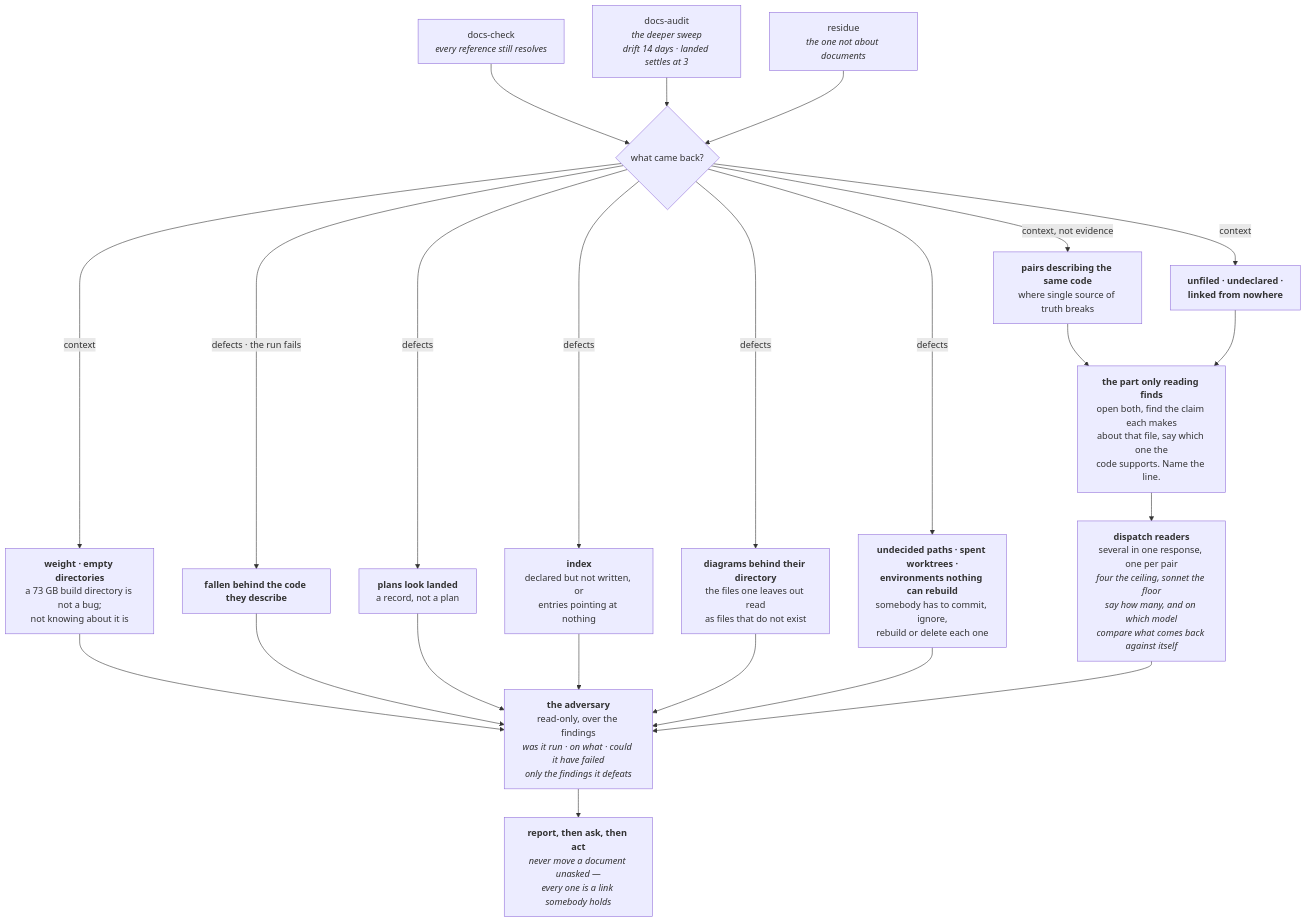
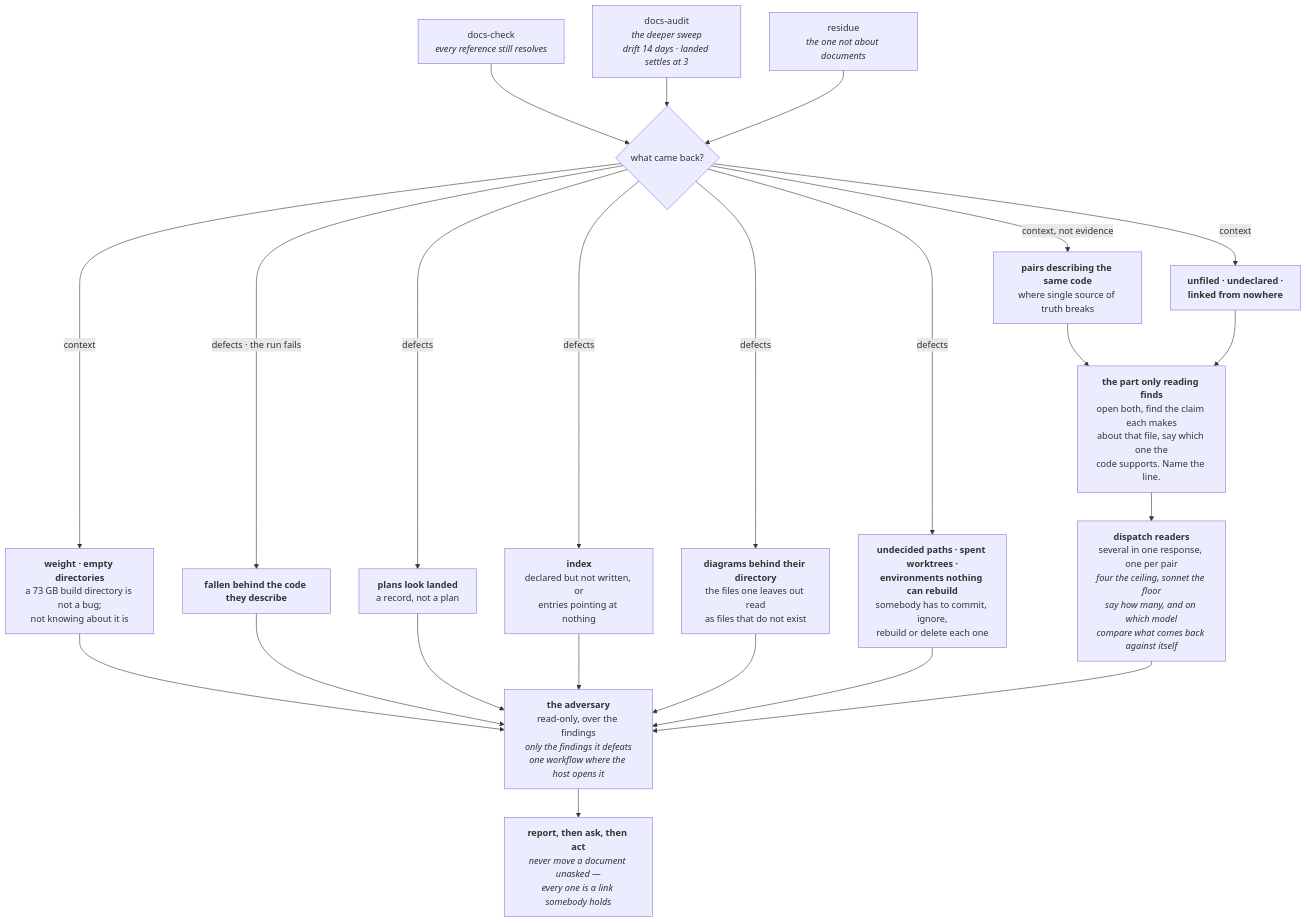
Before and after one commit to FanFantom9452/FanKeel: the seventh of 8 diagrams in docs/pipeline.md, drawn with Mermaid. The commit also changed 3 other files, not shown here.

````diff
--- a/docs/pipeline.md
+++ b/docs/pipeline.md
@@ -605,42 +605,42 @@
 ```mermaid
 flowchart TD
     A["docs-check<br/><i>every reference still resolves</i>"]
     B["docs-audit<br/><i>the deeper sweep<br/>drift 14 days · landed settles at 3</i>"]
     A2["residue<br/><i>the one not about documents</i>"]
     C{"what came back?"}
     D1["<b>fallen behind the code they describe</b>"]
     D2["<b>plans look landed</b><br/>a record, not a plan"]
     D3["<b>index</b><br/>declared but not written, or<br/>entries pointing at nothing"]
     D4["<b>diagrams behind their directory</b><br/>the files one leaves out read<br/>as files that do not exist"]
     D5["<b>undecided paths · spent worktrees ·<br/>environments nothing can rebuild</b><br/>somebody has to commit, ignore,<br/>rebuild or delete each one"]
     E1["<b>pairs describing the same code</b><br/>where single source of truth breaks"]
     E2["<b>unfiled · undeclared ·<br/>linked from nowhere</b>"]
     E3["<b>weight · empty directories</b><br/>a 73 GB build directory is not a bug;<br/>not knowing about it is"]
     F["<b>the part only reading finds</b><br/>open both, find the claim each makes<br/>about that file, say which one the<br/>code supports. Name the line."]
     F1["<b>dispatch readers</b><br/>several in one response, one per pair<br/><i>four the ceiling, sonnet the floor</i><br/><i>say how many, and on which model</i><br/><i>compare what comes back against itself</i>"]
-    F2["<b>the adversary</b><br/>read-only, over the findings<br/><i>was it run · on what · could it have failed</i><br/><i>only the findings it defeats</i>"]
+    F2["<b>the adversary</b><br/>read-only, over the findings<br/><i>only the findings it defeats</i><br/><i>one workflow where the host opens it</i>"]
     G["<b>report, then ask, then act</b><br/><i>never move a document unasked —<br/>every one is a link somebody holds</i>"]
 
     A --> C
     B --> C
     A2 --> C
     C -- "defects · the run fails" --> D1
     C -- "defects" --> D2
     C -- "defects" --> D3
     C -- "defects" --> D4
     C -- "defects" --> D5
     C -- "context, not evidence" --> E1
     C -- "context" --> E2
     C -- "context" --> E3
     E1 --> F
     E2 --> F
     E3 --> F2
     D1 --> F2
     D2 --> F2
     D3 --> F2
     D4 --> F2
     D5 --> F2
     F --> F1
     F1 --> F2
     F2 --> G
 ```
````
